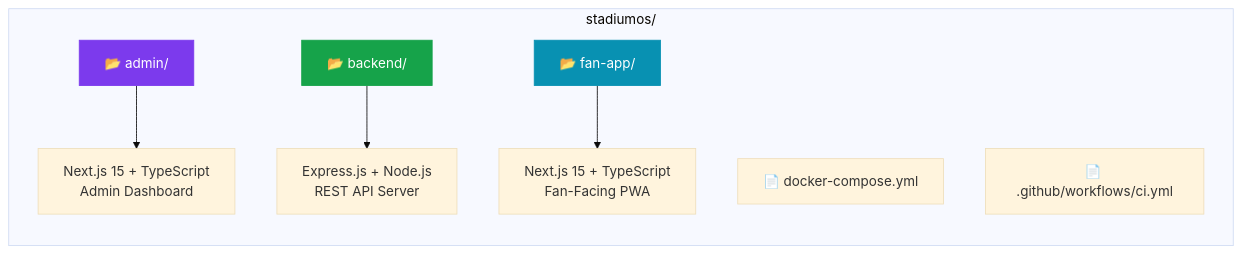
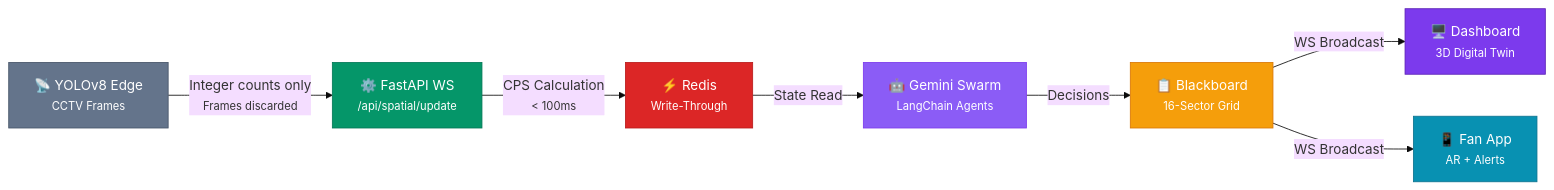
Before and after one commit to dayanandXdarpan/stadiumos: the second of 7 diagrams in README.md, drawn with Mermaid (base theme). The commit also changed other lines of this file and 5 other files, not shown here.

````diff
--- a/README.md
+++ b/README.md
@@ -105,14 +117,17 @@
 ```mermaid
 graph LR
-    subgraph stadiumos/
-        A["📂 admin/"] --> A1["Next.js 15 + TypeScript<br/>Admin Dashboard"]
-        B["📂 backend/"] --> B1["Express.js + Node.js<br/>REST API Server"]
-        C["📂 fan-app/"] --> C1["Next.js 15 + TypeScript<br/>Fan-Facing PWA"]
-        D["📄 docker-compose.yml"]
-        E["📄 .github/workflows/ci.yml"]
-    end
+    A["📡 YOLOv8 Edge<br/><small>CCTV Frames</small>"] -->|"Integer counts only<br/><small>Frames discarded</small>"| B["⚙️ FastAPI WS<br/><small>/api/spatial/update</small>"]
+    B -->|"CPS Calculation<br/><small>< 100ms</small>"| C["⚡ Redis<br/><small>Write-Through</small>"]
+    C -->|"State Read"| D["🤖 Gemini Swarm<br/><small>LangChain Agents</small>"]
+    D -->|"Decisions"| E["📋 Blackboard<br/><small>16-Sector Grid</small>"]
+    E -->|"WS Broadcast"| F["🖥️ Dashboard<br/><small>3D Digital Twin</small>"]
+    E -->|"WS Broadcast"| G["📱 Fan App<br/><small>AR + Alerts</small>"]
 
-    style A fill:#7c3aed,stroke:#7c3aed,color:#fff
-    style B fill:#16a34a,stroke:#16a34a,color:#fff
-    style C fill:#0891b2,stroke:#0891b2,color:#fff
+    style A fill:#64748b,stroke:#475569,color:#fff
+    style B fill:#059669,stroke:#047857,color:#fff
+    style C fill:#dc2626,stroke:#b91c1c,color:#fff
+    style D fill:#8b5cf6,stroke:#7c3aed,color:#fff
+    style E fill:#f59e0b,stroke:#d97706,color:#fff
+    style F fill:#7c3aed,stroke:#5b21b6,color:#fff
+    style G fill:#0891b2,stroke:#0e7490,color:#fff
 ```
````
